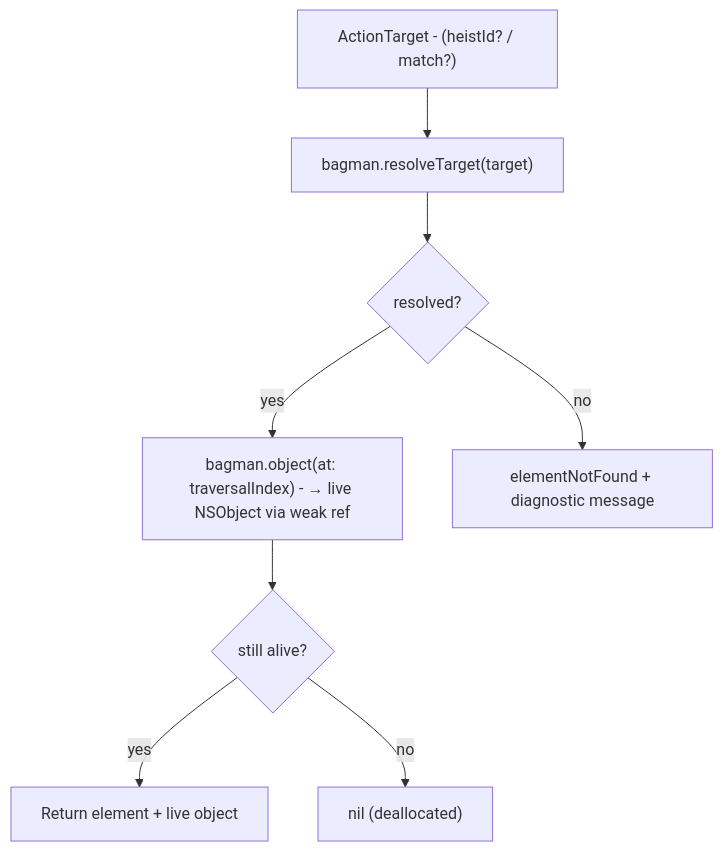
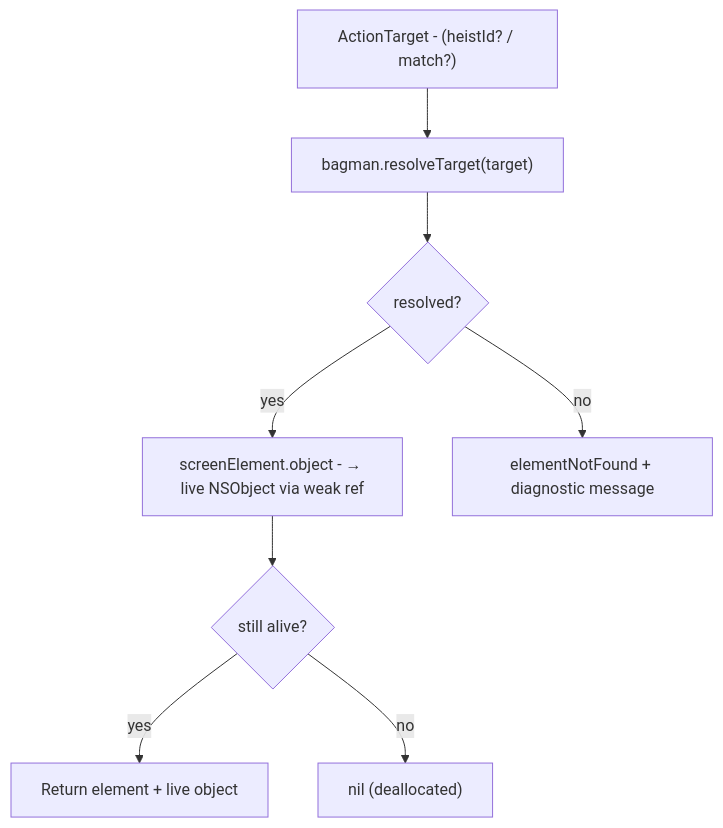
Before and after one commit to RoyalPineapple/TheButtonHeist: the fourth of 4 diagrams in docs/dossiers/04-THESAFECRACKER.md, drawn with Mermaid. The commit also changed other lines of this file and 17 other files, not shown here.

````diff
--- a/docs/dossiers/04-THESAFECRACKER.md
+++ b/docs/dossiers/04-THESAFECRACKER.md
@@ -232,11 +237,11 @@
 ```mermaid
 flowchart TD
     Target["ActionTarget - (heistId? / match?)"]
     Target --> Resolve["bagman.resolveTarget(target)"]
     Resolve --> Found{resolved?}
-    Found -->|yes| WeakRef["bagman.object(at: traversalIndex) - → live NSObject via weak ref"]
+    Found -->|yes| WeakRef["screenElement.object - → live NSObject via weak ref"]
     Found -->|no| Fail["elementNotFound + diagnostic message"]
     WeakRef --> Alive{still alive?}
     Alive -->|yes| UseElement["Return element + live object"]
     Alive -->|no| Dealloc["nil (deallocated)"]
 ```
````
